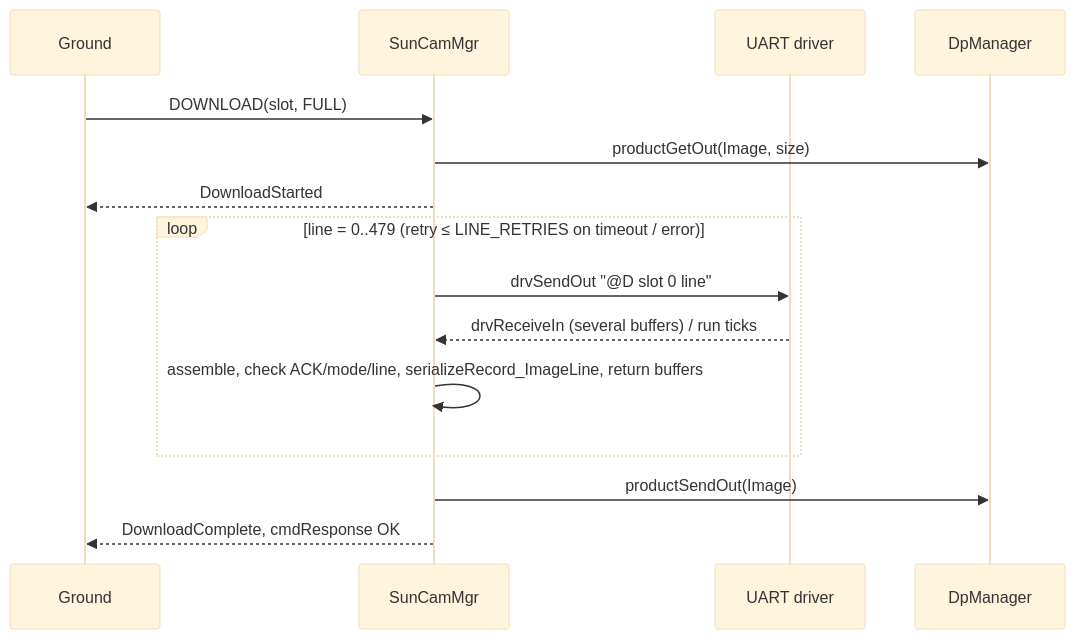
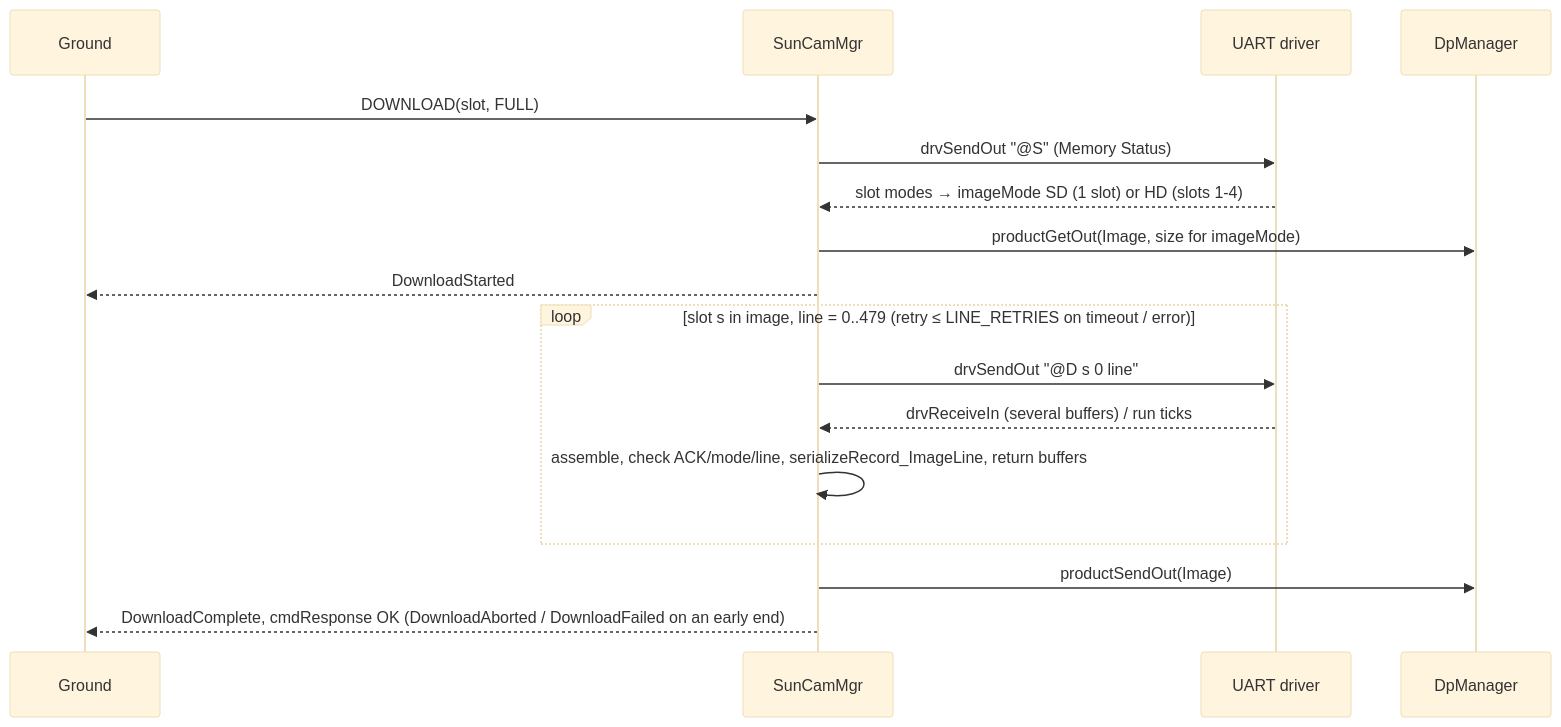
The diagram in fprime-devices/KissCam/Components/SunCamMgr/docs/sdd.md (fprime-community/fprime-devices), drawn with Mermaid (base theme) before and after one commit. The commit also changed other lines of this file and 3 other files, not shown here.

Commit message:
KissCam.SunCamMgr: SDD gate ruling — exposure range check, one product per image, abort severities, sync run port, data-product diagram

````diff
--- a/fprime-devices/KissCam/Components/SunCamMgr/docs/sdd.md
+++ b/fprime-devices/KissCam/Components/SunCamMgr/docs/sdd.md
@@ -192,17 +234,19 @@
 ```mermaid
 sequenceDiagram
     participant G as Ground
     participant M as SunCamMgr
     participant U as UART driver
     participant D as DpManager
     G->>M: DOWNLOAD(slot, FULL)
-    M->>D: productGetOut(Image, size)
+    M->>U: drvSendOut "@S" (Memory Status)
+    U-->>M: slot modes → imageMode SD (1 slot) or HD (slots 1-4)
+    M->>D: productGetOut(Image, size for imageMode)
     M-->>G: DownloadStarted
-    loop line = 0..479 (retry ≤ LINE_RETRIES on timeout / error)
-        M->>U: drvSendOut "@D slot 0 line"
+    loop slot s in image, line = 0..479 (retry ≤ LINE_RETRIES on timeout / error)
+        M->>U: drvSendOut "@D s 0 line"
         U-->>M: drvReceiveIn (several buffers) / run ticks
         M->>M: assemble, check ACK/mode/line, serializeRecord_ImageLine, return buffers
     end
     M->>D: productSendOut(Image)
-    M-->>G: DownloadComplete, cmdResponse OK
+    M-->>G: DownloadComplete, cmdResponse OK (DownloadAborted / DownloadFailed on an early end)
 ```
````
